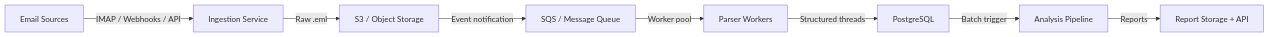
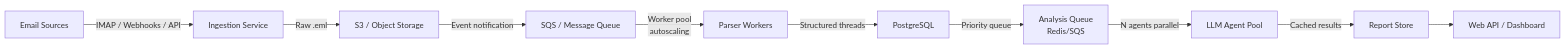
Before and after one commit to peterkolcza/attrecto-qbr-task: the diagram in Blueprint.md, drawn with Mermaid. The commit also changed other lines of this file, not shown here.

First line of the commit message:
docs(blueprint): expand Scale-Out Architecture with parallel workers, queues, autoscaling (#43)

````diff
--- a/Blueprint.md
+++ b/Blueprint.md
@@ -30,10 +34,12 @@
 ```mermaid
 graph LR
     A[Email Sources] -->|IMAP / Webhooks / API| B[Ingestion Service]
     B -->|Raw .eml| C[S3 / Object Storage]
     C -->|Event notification| D[SQS / Message Queue]
-    D -->|Worker pool| E[Parser Workers]
+    D -->|Worker pool<br/>autoscaling| E[Parser Workers]
     E -->|Structured threads| F[PostgreSQL]
-    F -->|Batch trigger| G[Analysis Pipeline]
-    G -->|Reports| H[Report Storage + API]
+    F -->|Priority queue| G[Analysis Queue<br/>Redis/SQS]
+    G -->|N agents parallel| H[LLM Agent Pool]
+    H -->|Cached results| I[Report Store]
+    I --> J[Web API / Dashboard]
 ```
````
